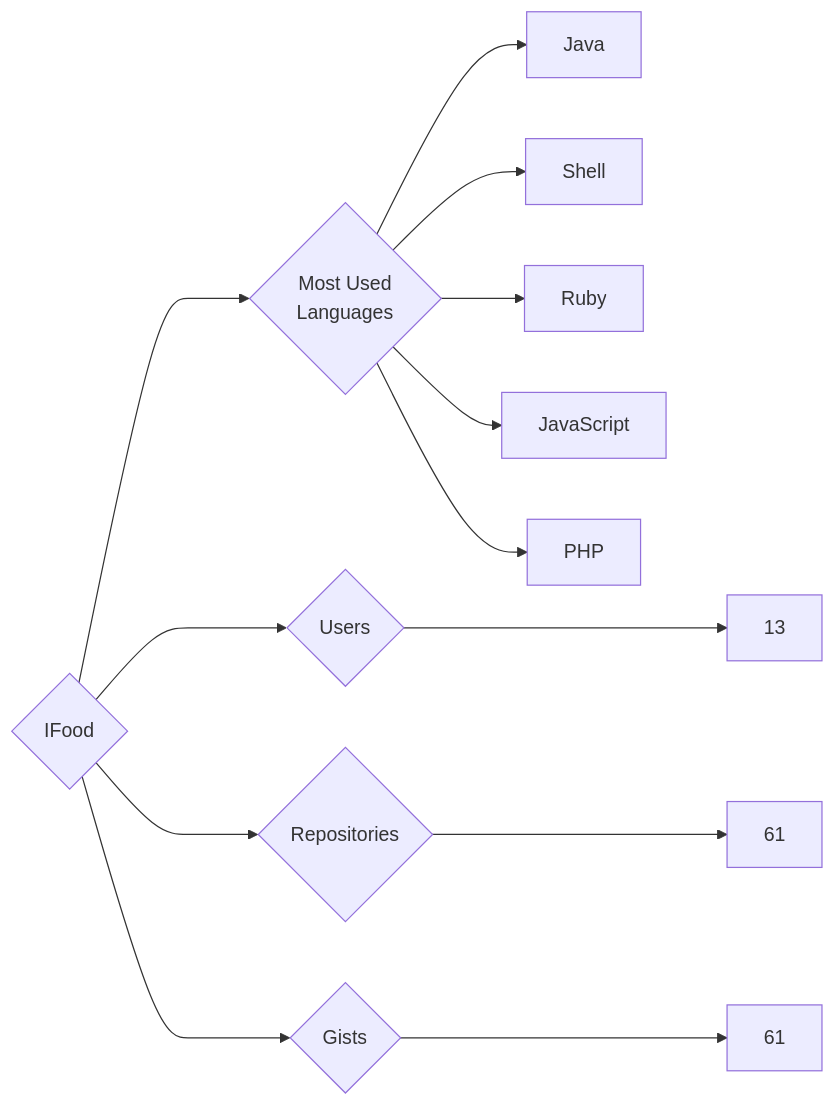
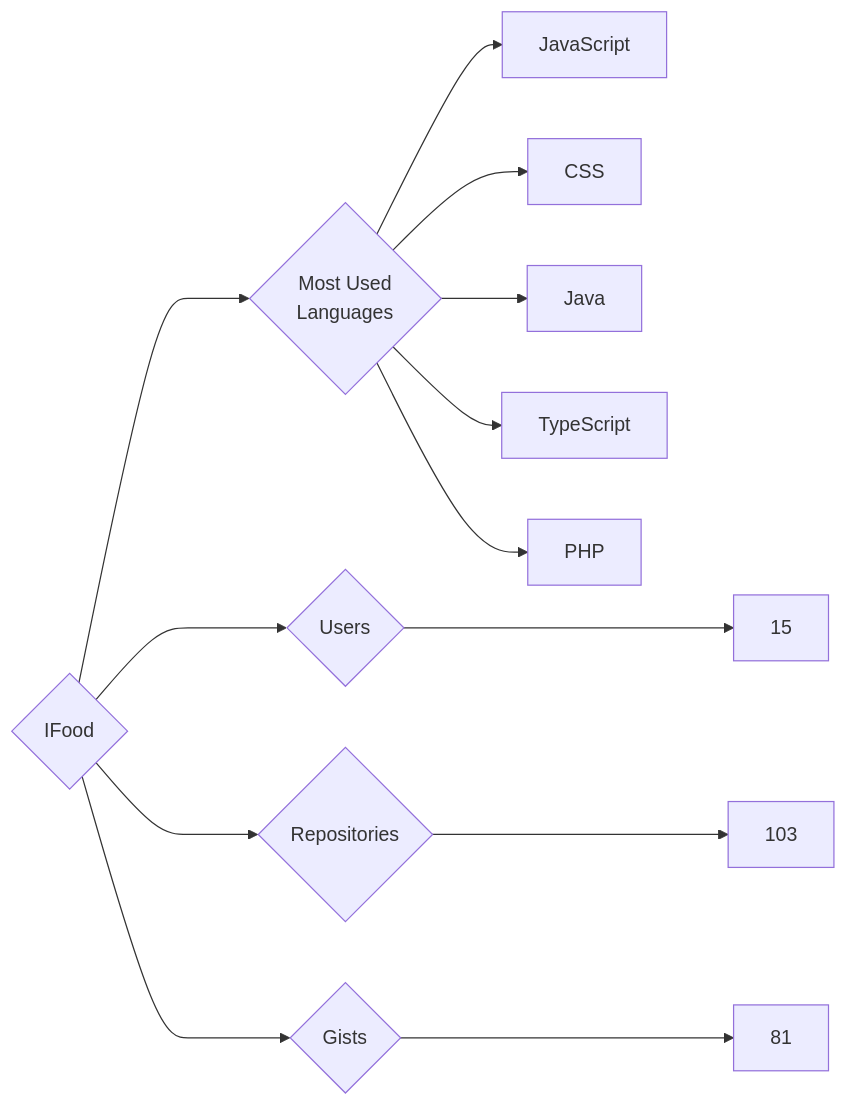
One commit to trickest/insiders changed the diagram in targets/IFood/README.md. Above: the diagram before and after it, drawn with Mermaid. The commit also changed 912 other files, not shown here.

````diff
--- a/targets/IFood/README.md
+++ b/targets/IFood/README.md
@@ -3,13 +3,13 @@
 ```mermaid
 graph LR
 COMPANY_NAME{IFood}
-COMPANY_NAME ---> U{Users} ---> UN[13]
-COMPANY_NAME ---> R{Repositories} ---> RN[61]
-COMPANY_NAME ---> G{Gists} ---> GN[61]
+COMPANY_NAME ---> U{Users} ---> UN[15]
+COMPANY_NAME ---> R{Repositories} ---> RN[103]
+COMPANY_NAME ---> G{Gists} ---> GN[81]
 COMPANY_NAME ---> ML{Most Used<br>Languages}
+ML --> JavaScript[JavaScript]
+ML --> CSS[CSS]
 ML --> Java[Java]
-ML --> Shell[Shell]
-ML --> Ruby[Ruby]
-ML --> JavaScript[JavaScript]
+ML --> TypeScript[TypeScript]
 ML --> PHP[PHP]
 ```
````
